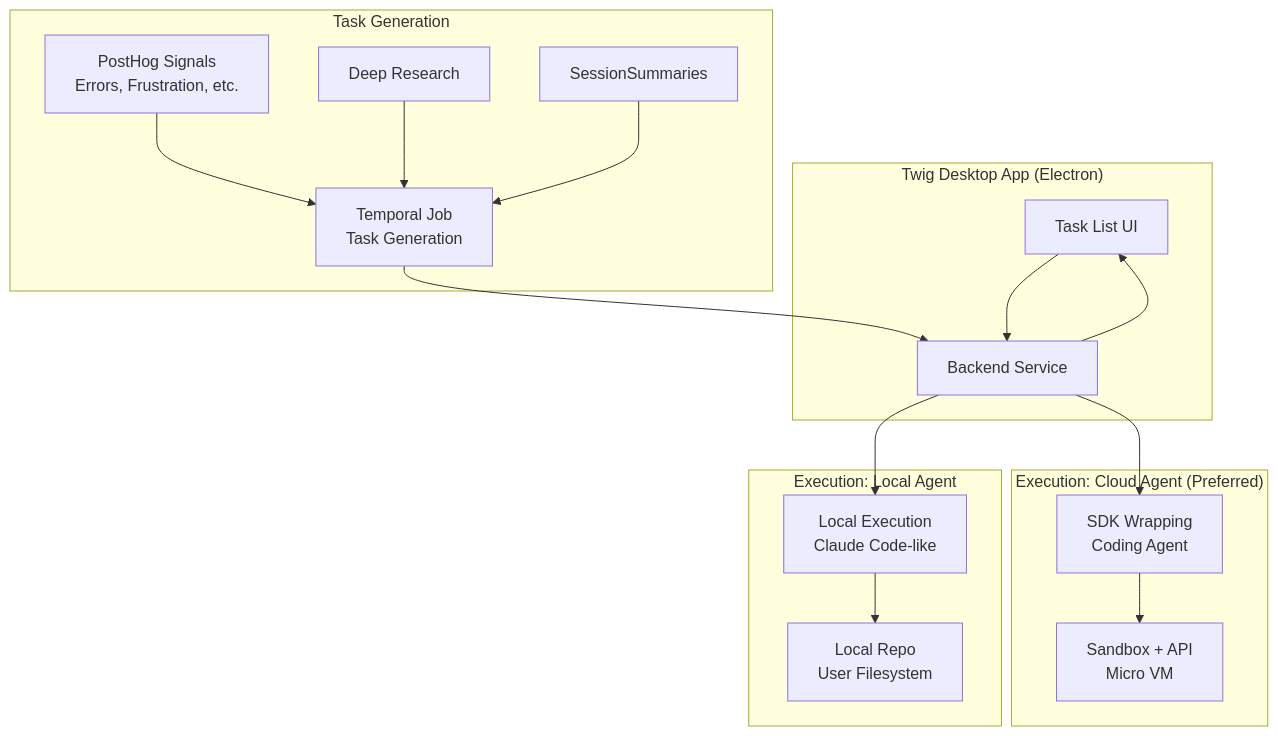
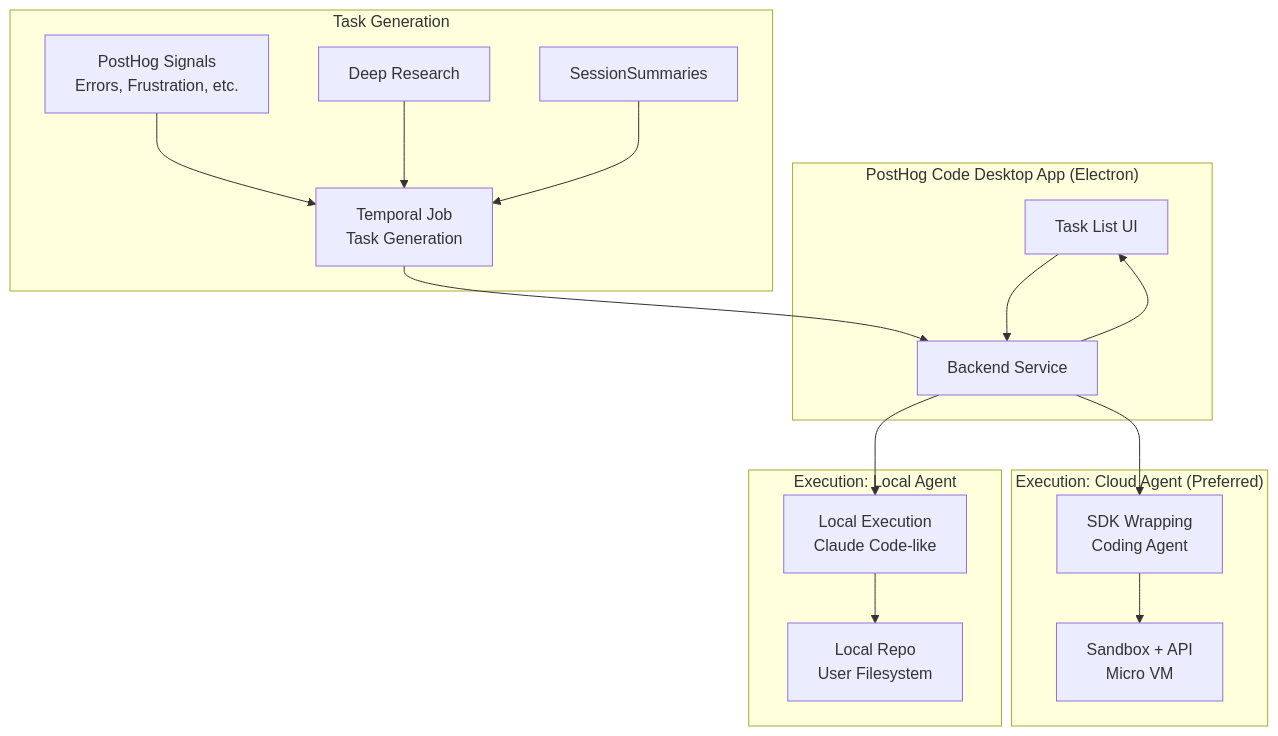
One commit to PostHog/posthog.com changed the second of 2 diagrams in contents/handbook/engineering/ai/products.md. Above: the diagram before and after it, drawn with Mermaid. The commit also changed other lines of this file, not shown here.

````diff
--- a/contents/handbook/engineering/ai/products.md
+++ b/contents/handbook/engineering/ai/products.md
@@ -285,38 +285,38 @@
 ```mermaid
 graph TB
-    subgraph "Twig Desktop App (Electron)"
+    subgraph "PostHog Code Desktop App (Electron)"
         UI[Task List UI]
         Backend[Backend Service]
     end
 
     subgraph "Task Generation"
         Signals[PostHog Signals<br/>Errors, Frustration, etc.]
         DR[Deep Research]
         SS[SessionSummaries]
         TaskGen[Temporal Job<br/>Task Generation]
     end
 
     subgraph "Execution: Cloud Agent (Preferred)"
         CloudSDK[SDK Wrapping<br/>Coding Agent]
         Sandbox[Sandbox + API<br/>Micro VM]
     end
 
     subgraph "Execution: Local Agent"
         LocalRepo[Local Repo<br/>User Filesystem]
         LocalExec[Local Execution<br/>Claude Code-like]
     end
 
     Signals --> TaskGen
     DR --> TaskGen
     SS --> TaskGen
 
     TaskGen --> Backend
     Backend --> UI
 
     UI --> Backend
     Backend --> CloudSDK
     Backend --> LocalExec
 
     CloudSDK --> Sandbox
     LocalExec --> LocalRepo
 ```
````
